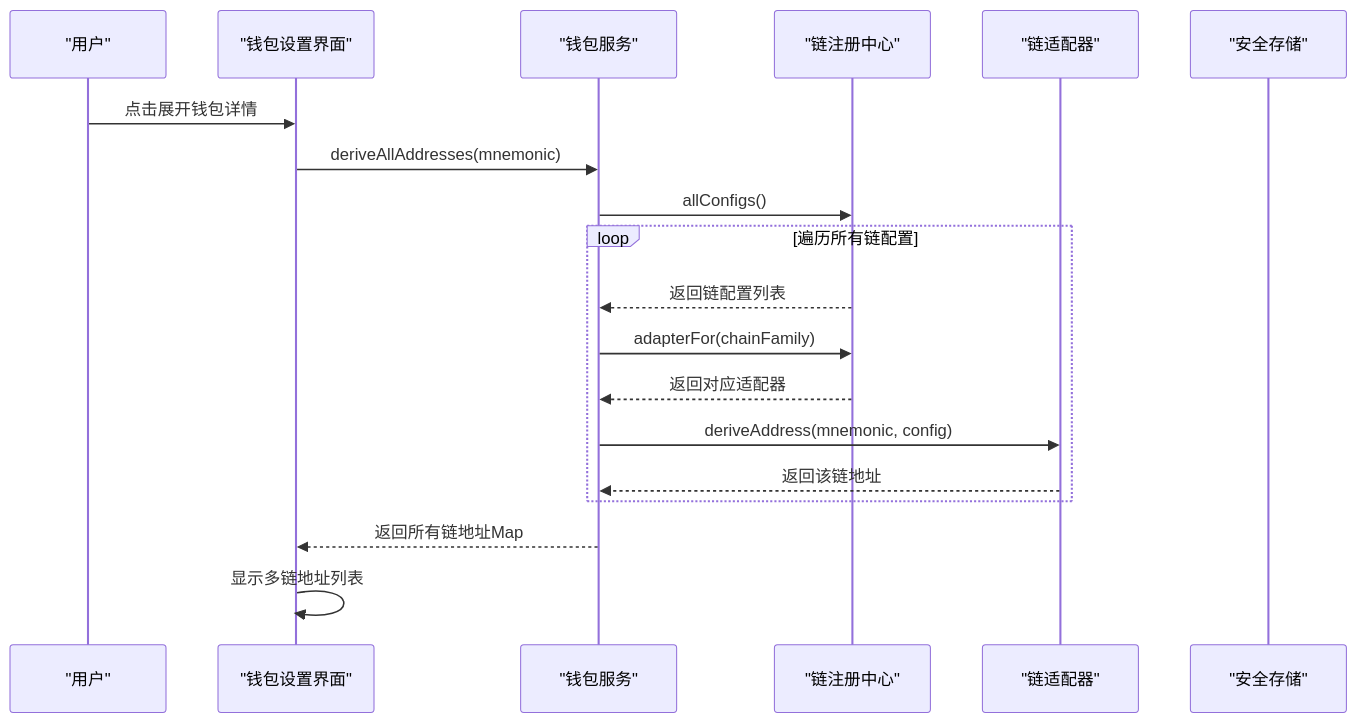
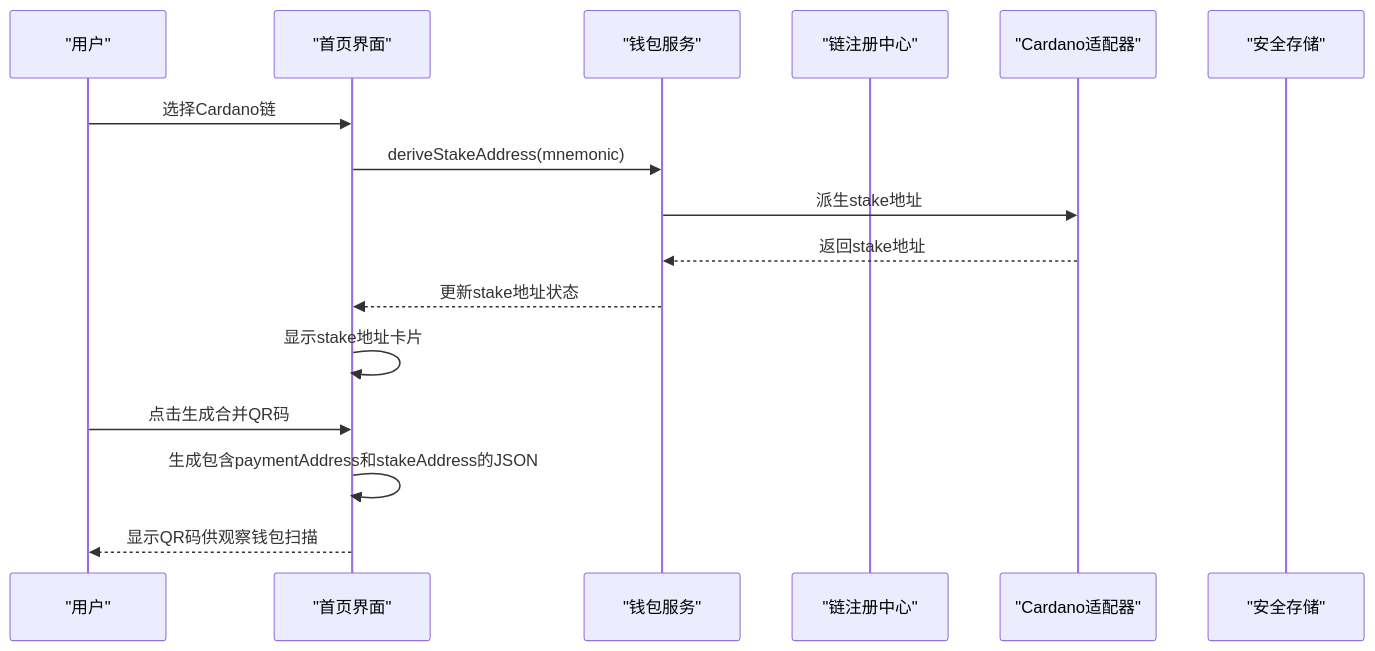
The second of 7 diagrams in .qoder/repowiki/zh/content/用户界面/冷钱包App界面/钱包设置界面.md (EqualToEthan/stasis), drawn with Mermaid before and after one commit. The commit also changed other lines of this file and 60 other files, not shown here.

````diff
--- a/.qoder/repowiki/zh/content/用户界面/冷钱包App界面/钱包设置界面.md
+++ b/.qoder/repowiki/zh/content/用户界面/冷钱包App界面/钱包设置界面.md
@@ -101,21 +114,18 @@
 ```mermaid
 sequenceDiagram
 participant U as "用户"
-participant W as "钱包设置界面"
-participant S as "钱包服务"
-participant R as "链注册中心"
-participant A as "链适配器"
+participant HS as "首页界面"
+participant WS as "钱包服务"
+participant CR as "链注册中心"
+participant CA as "Cardano适配器"
 participant SS as "安全存储"
-U->>W : 点击展开钱包详情
-W->>S : deriveAllAddresses(mnemonic)
-S->>R : allConfigs()
-loop 遍历所有链配置
-R-->>S : 返回链配置列表
-S->>R : adapterFor(chainFamily)
-R-->>S : 返回对应适配器
-S->>A : deriveAddress(mnemonic, config)
-A-->>S : 返回该链地址
-end
-S-->>W : 返回所有链地址Map
-W->>W : 显示多链地址列表
+U->>HS : 选择Cardano链
+HS->>WS : deriveStakeAddress(mnemonic)
+WS->>CA : 派生stake地址
+CA-->>WS : 返回stake地址
+WS-->>HS : 更新stake地址状态
+HS->>HS : 显示stake地址卡片
+U->>HS : 点击生成合并QR码
+HS->>HS : 生成包含paymentAddress和stakeAddress的JSON
+HS-->>U : 显示QR码供观察钱包扫描
 ```
````
